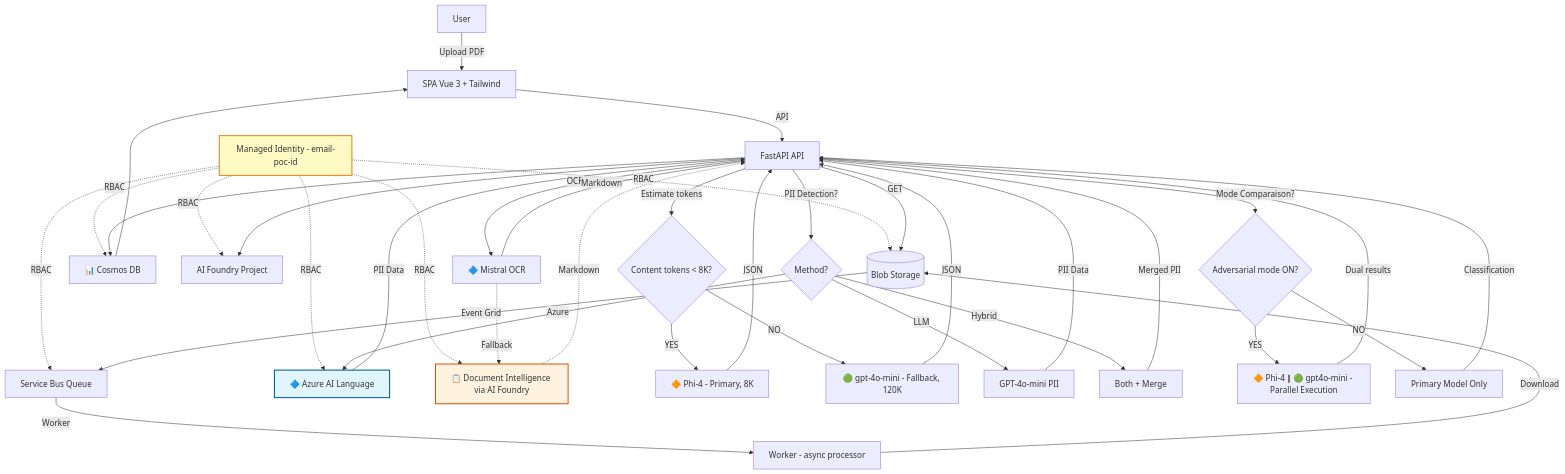
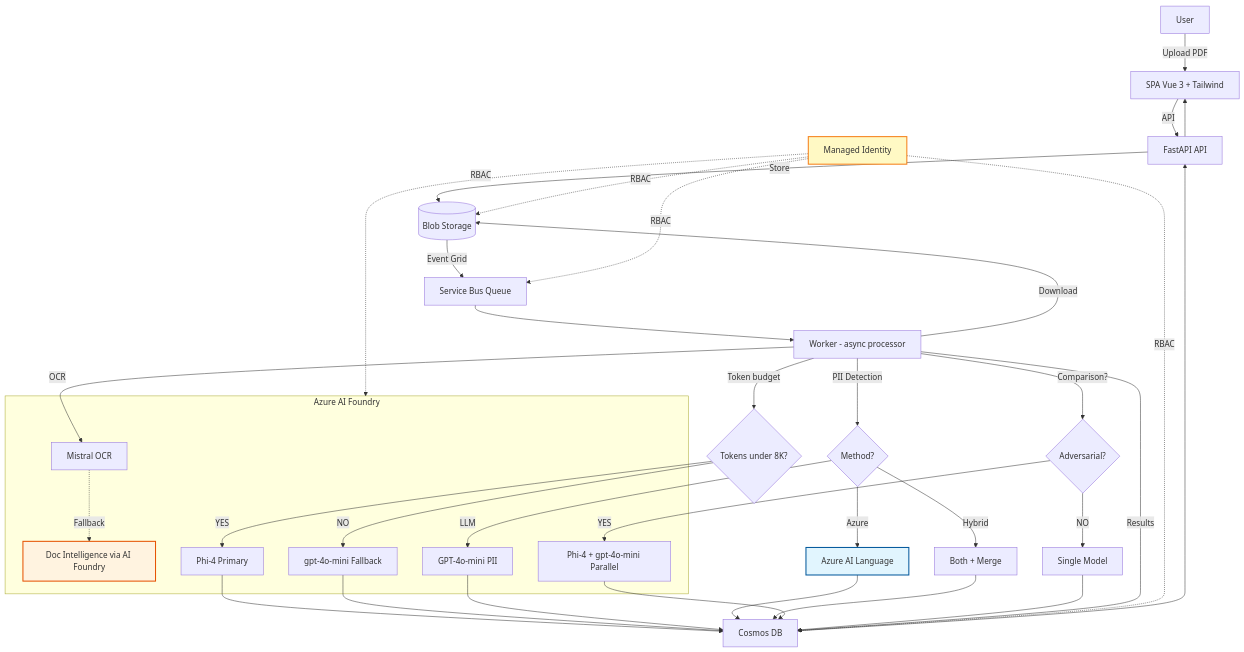
The diagram in README.md (olivMertens/ClassyMail), drawn with Mermaid before and after one commit.

Commit message:
fix: simplify README mermaid diagram for GitHub rendering
- Remove emoji characters causing rendering issues
- Replace < with text to avoid HTML parsing conflicts
- Eliminate bidirectional api edges causing layout cycles
- Add AI Foundry subgraph grouping AI models
- Correct architecture flow (worker does OCR/classify, not API)

````diff
--- a/README.md
+++ b/README.md
@@ -31,50 +31,56 @@
 ```mermaid
 flowchart TD
     user[User] -->|Upload PDF| ui["SPA Vue 3 + Tailwind"]
     ui -->|API| api["FastAPI API"]
-    mi["Managed Identity - email-poc-id"] -.->|RBAC| blob
+
+    api -->|Store| blob[(Blob Storage)]
+    blob -->|Event Grid| sbq["Service Bus Queue"]
+    sbq --> worker["Worker - async processor"]
+
+    worker -->|Download| blob
+    worker -->|OCR| ocr["Mistral OCR"]
+    ocr -.->|Fallback| di["Doc Intelligence via AI Foundry"]
+
+    worker -->|Token budget| tokencheck{"Tokens under 8K?"}
+    tokencheck -->|YES| phi4["Phi-4 Primary"]
+    tokencheck -->|NO| gpt["gpt-4o-mini Fallback"]
+
+    worker -->|PII Detection| piicheck{"Method?"}
+    piicheck -->|LLM| gpt_pii["GPT-4o-mini PII"]
+    piicheck -->|Azure| lang["Azure AI Language"]
+    piicheck -->|Hybrid| both["Both + Merge"]
+
+    worker -->|Comparison?| compcheck{"Adversarial?"}
+    compcheck -->|YES| dual["Phi-4 + gpt-4o-mini Parallel"]
+    compcheck -->|NO| primary["Single Model"]
+
+    phi4 --> cosmos
+    gpt --> cosmos
+    gpt_pii --> cosmos
+    lang --> cosmos
+    both --> cosmos
+    dual --> cosmos
+    primary --> cosmos
+    worker -->|Results| cosmos["Cosmos DB"]
+
+    cosmos --> api
+    api --> ui
+
+    subgraph AIFoundry ["Azure AI Foundry"]
+        ocr
+        di
+        phi4
+        gpt
+        gpt_pii
+        dual
+    end
+
+    mi["Managed Identity"] -.->|RBAC| blob
     mi -.->|RBAC| sbq
     mi -.->|RBAC| cosmos
-    mi -.->|RBAC| ai
-    mi -.->|RBAC| lang
-    mi -.->|RBAC| di
-
-    api -->|GET| blob[(Blob Storage)]
-    blob -->|Event Grid| sbq["Service Bus Queue"]
-    sbq -->|Worker| worker["Worker - async processor"]
-
-    worker -->|Download| blob
-    api -->|OCR| ocr["🔷 Mistral OCR"]
-    ocr -->|Markdown| api
-    ocr -.->|Fallback| di["📋 Document Intelligence via AI Foundry"]
-    di -.->|Markdown| api
-
-    api -->|Estimate tokens| tokencheck{"Content tokens < 8K?"}
-    tokencheck -->|YES| phi4["🔶 Phi-4 - Primary, 8K"]
-    tokencheck -->|NO| gpt["🟢 gpt-4o-mini - Fallback, 120K"]
-
-    api -->|PII Detection?| piicheck{"Method?"}
-    piicheck -->|LLM| gpt_pii["GPT-4o-mini PII"]
-    piicheck -->|Azure| lang["🔷 Azure AI Language"]
-    piicheck -->|Hybrid| both["Both + Merge"]
-
-    api -->|Mode Comparaison?| compcheck{"Adversarial mode ON?"}
-    compcheck -->|YES| dual["🔶 Phi-4 ∥ 🟢 gpt4o-mini - Parallel Execution"]
-    compcheck -->|NO| primary["Primary Model Only"]
-
-    phi4 -->|JSON| api
-    gpt -->|JSON| api
-    gpt_pii -->|PII Data| api
-    lang -->|PII Data| api
-    both -->|Merged PII| api
-    dual -->|Dual results| api
-    primary -->|Classification| api
-
-    api --> cosmos["📊 Cosmos DB"]
-    api --> ai["AI Foundry Project"]
-    cosmos --> ui
+    mi -.->|RBAC| AIFoundry
 
     style mi fill:#fff9c4,stroke:#f57f17,stroke-width:2px
     style lang fill:#e1f5fe,stroke:#01579b,stroke-width:2px
     style di fill:#fff3e0,stroke:#e65100,stroke-width:2px
 ```
````
